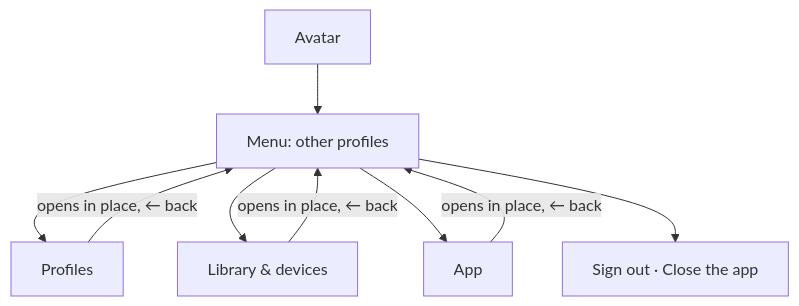
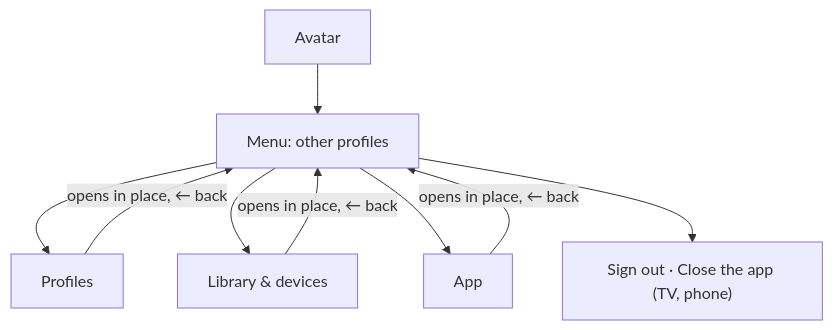
Before and after one commit to brunoccst/iptv-player: diagram 40 of 44 in documentation/FEATURES-TECHNICAL.md, drawn with Mermaid. The commit also changed other lines of this file and 1 other file, not shown here.

````diff
--- a/documentation/FEATURES-TECHNICAL.md
+++ b/documentation/FEATURES-TECHNICAL.md
@@ -730,9 +733,9 @@
 ```mermaid
 flowchart TD
   A[Avatar] --> M[Menu: other profiles]
   M --> G1[Profiles]
   M --> G2[Library & devices]
   M --> G3[App]
-  M --> O[Sign out · Close the app]
+  M --> O["Sign out · Close the app (TV, phone)"]
   G1 & G2 & G3 -->|opens in place, ← back| M
 ```
````
